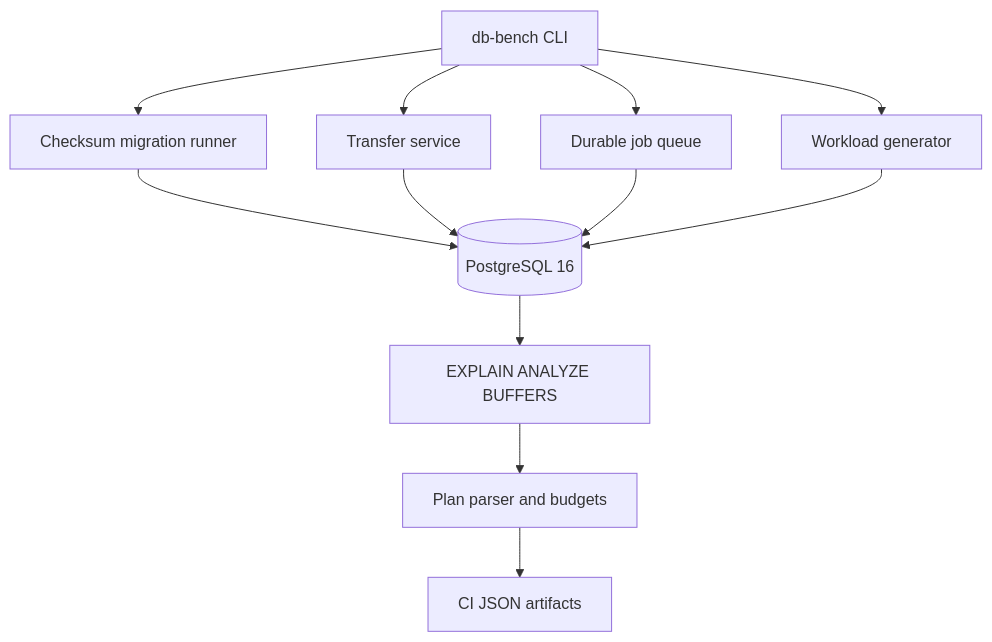
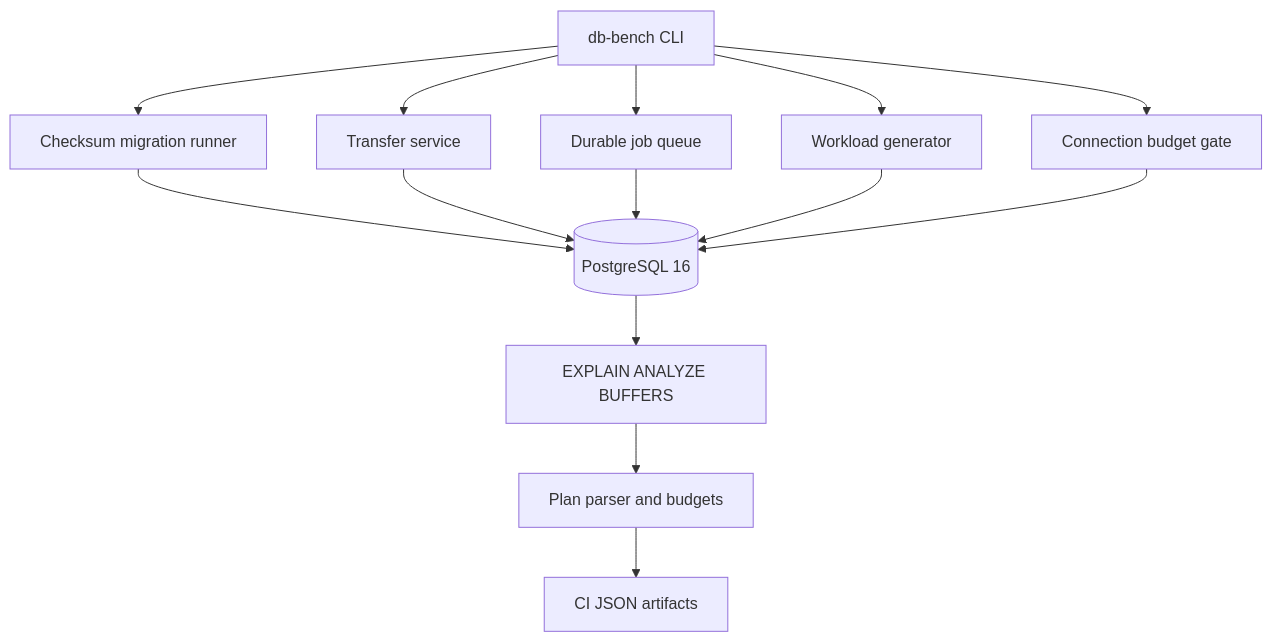
The diagram in README.md (cagataykavas/database-engineering-lab), drawn with Mermaid before and after one commit. The commit also changed other lines of this file and 4 other files, not shown here.

Commit message:
feat: add PostgreSQL connection budget gate

````diff
--- a/README.md
+++ b/README.md
@@ -11,14 +11,16 @@
 ```mermaid
 flowchart TD
     CLI[db-bench CLI] --> Migrations[Checksum migration runner]
     CLI --> Ledger[Transfer service]
     CLI --> Jobs[Durable job queue]
     CLI --> Workload[Workload generator]
+    CLI --> Connections[Connection budget gate]
     Migrations --> PG[(PostgreSQL 16)]
     Ledger --> PG
     Jobs --> PG
     Workload --> PG
+    Connections --> PG
     PG --> Explain[EXPLAIN ANALYZE BUFFERS]
     Explain --> Budget[Plan parser and budgets]
     Budget --> Evidence[CI JSON artifacts]
 ```
````
